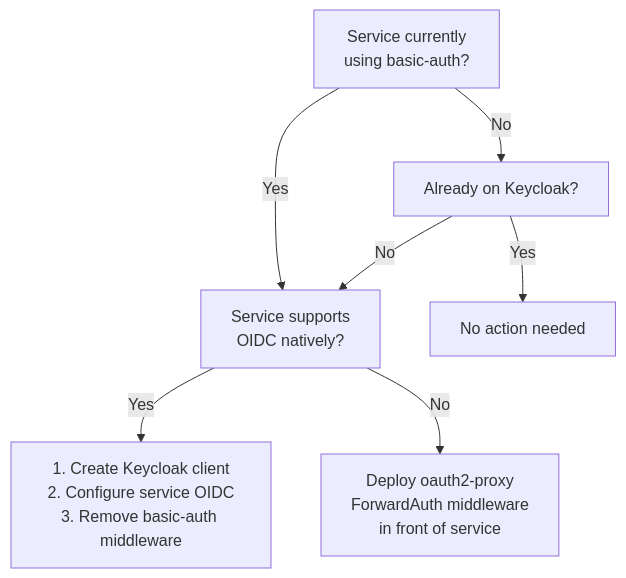
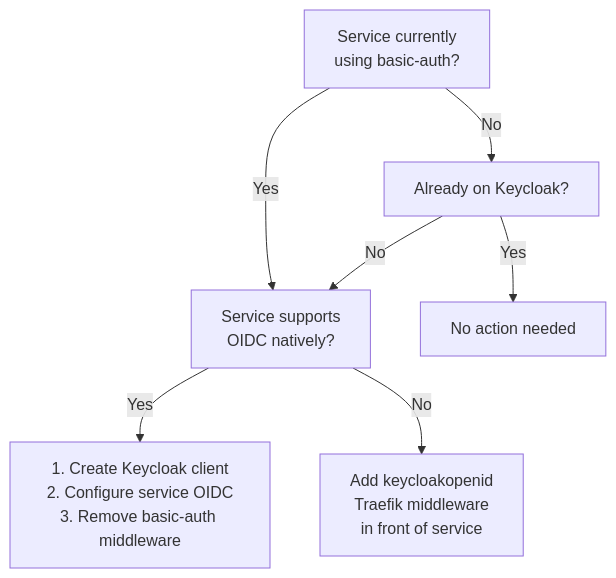
Before and after one commit to derhornspieler/harvester-rke2-platform: diagram 11 of 11 in docs/engineering/security-architecture.md, drawn with Mermaid. The commit also changed other lines of this file and 50 other files, not shown here.

````diff
--- a/docs/engineering/security-architecture.md
+++ b/docs/engineering/security-architecture.md
@@ -948,16 +948,16 @@
 ```mermaid
 flowchart TD
     Current["Service currently<br/>using basic-auth?"]
     HasOIDC["Service supports<br/>OIDC natively?"]
     MigrateOIDC["1. Create Keycloak client<br/>2. Configure service OIDC<br/>3. Remove basic-auth middleware"]
-    NeedProxy["Deploy oauth2-proxy<br/>ForwardAuth middleware<br/>in front of service"]
+    NeedProxy["Add keycloakopenid<br/>Traefik middleware<br/>in front of service"]
     AlreadySSO["Already on Keycloak?"]
     Done["No action needed"]
 
     Current -->|Yes| HasOIDC
     Current -->|No| AlreadySSO
     AlreadySSO -->|Yes| Done
     AlreadySSO -->|No| HasOIDC
     HasOIDC -->|Yes| MigrateOIDC
     HasOIDC -->|No| NeedProxy
 ```
````
